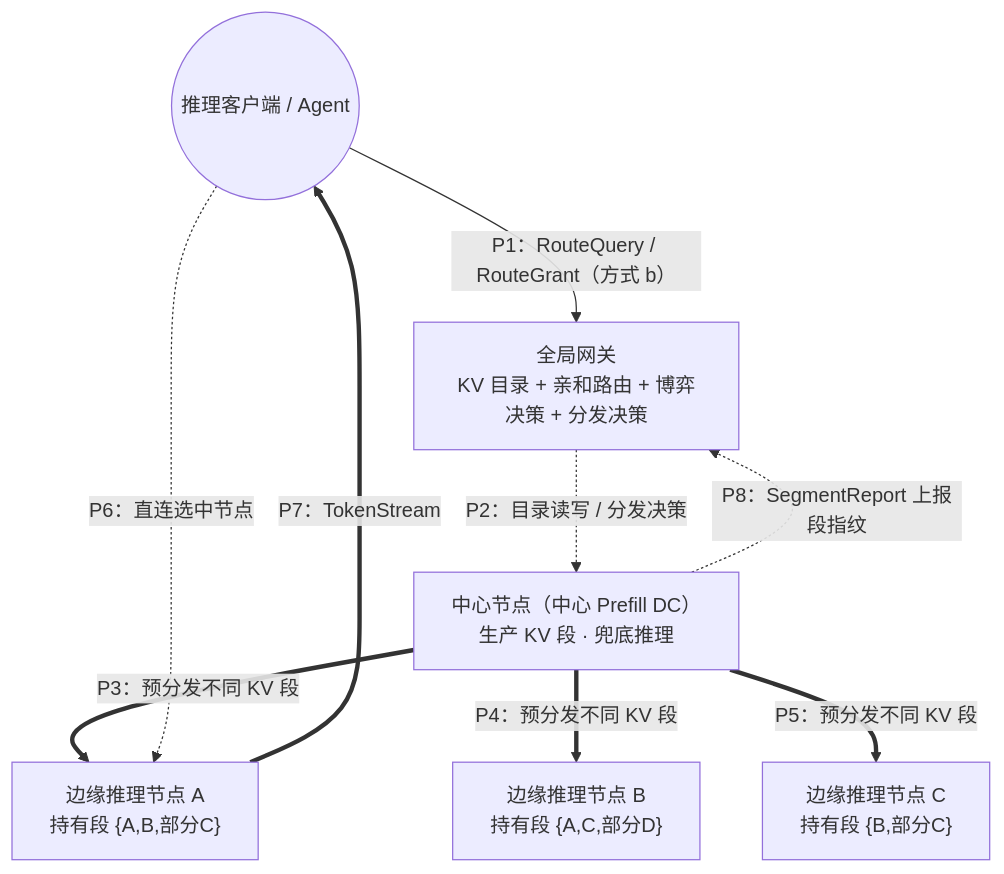
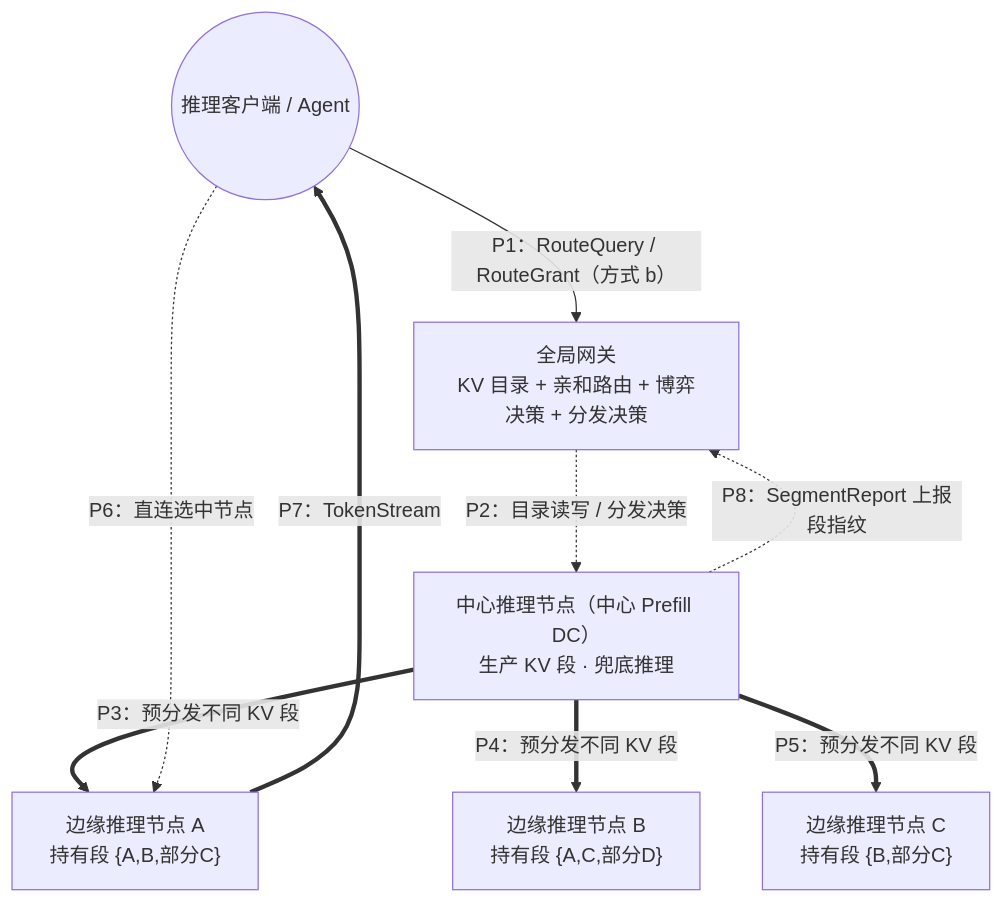
The first of 4 diagrams in KV Cache CDN 解决方案-专利交底书.md (asml125-sketch/KVCacheCDNSolution), drawn with Mermaid before and after one commit. The commit also changed other lines of this file and 1 other file, not shown here.

````diff
--- a/KV Cache CDN 解决方案-专利交底书.md
+++ b/KV Cache CDN 解决方案-专利交底书.md
@@ -64,18 +90,18 @@
 ```mermaid
 flowchart TB
     U(("推理客户端 / Agent"))
     GW["全局网关<br/>KV 目录 + 亲和路由 + 博弈决策 + 分发决策"]
-    CENTER["中心节点（中心 Prefill DC）<br/>生产 KV 段 · 兜底推理"]
+    CENTER["中心推理节点（中心 Prefill DC）<br/>生产 KV 段 · 兜底推理"]
     E1["边缘推理节点 A<br/>持有段 {A,B,部分C}"]
     E2["边缘推理节点 B<br/>持有段 {A,C,部分D}"]
     E3["边缘推理节点 C<br/>持有段 {B,部分C}"]
 
     U -->|P1：RouteQuery / RouteGrant（方式 b）| GW
     GW -.->|P2：目录读写 / 分发决策| CENTER
     CENTER ==>|P3：预分发不同 KV 段| E1
     CENTER ==>|P4：预分发不同 KV 段| E2
     CENTER ==>|P5：预分发不同 KV 段| E3
     U -.->|P6：直连选中节点| E1
     E1 ==>|P7：TokenStream| U
     CENTER -.->|P8：SegmentReport 上报段指纹| GW
 ```
````
